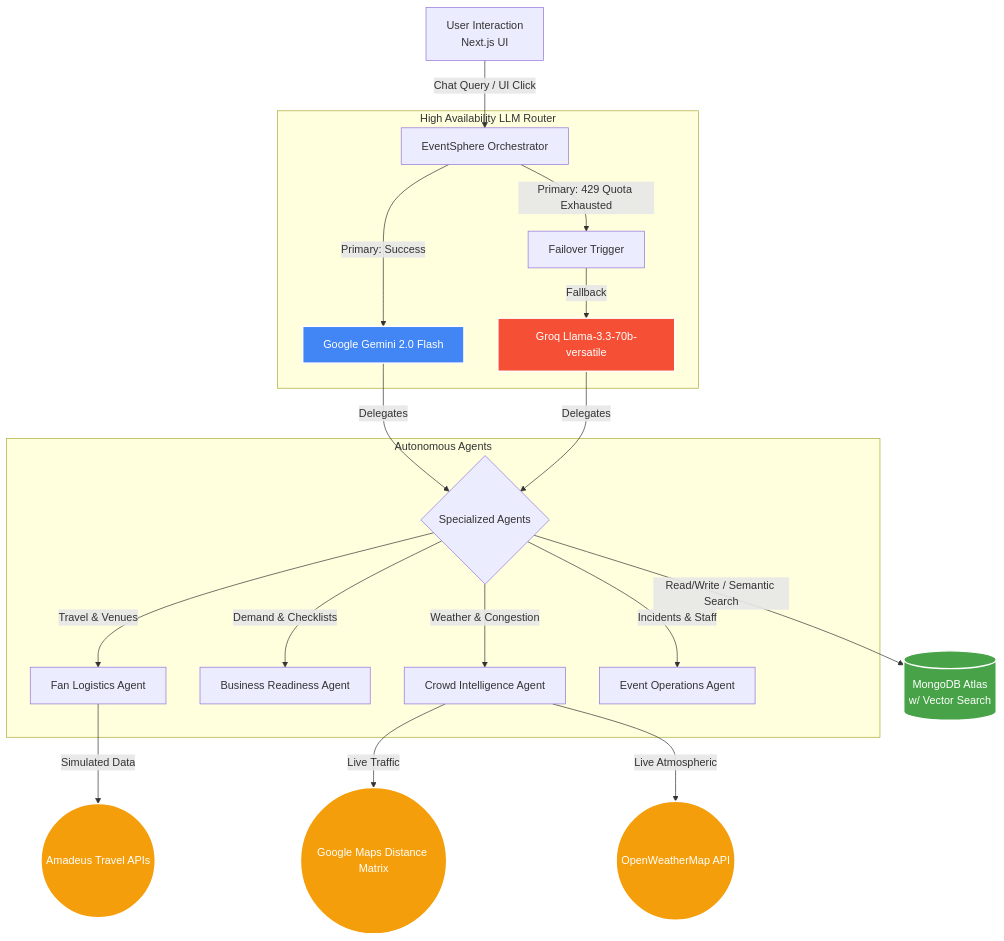
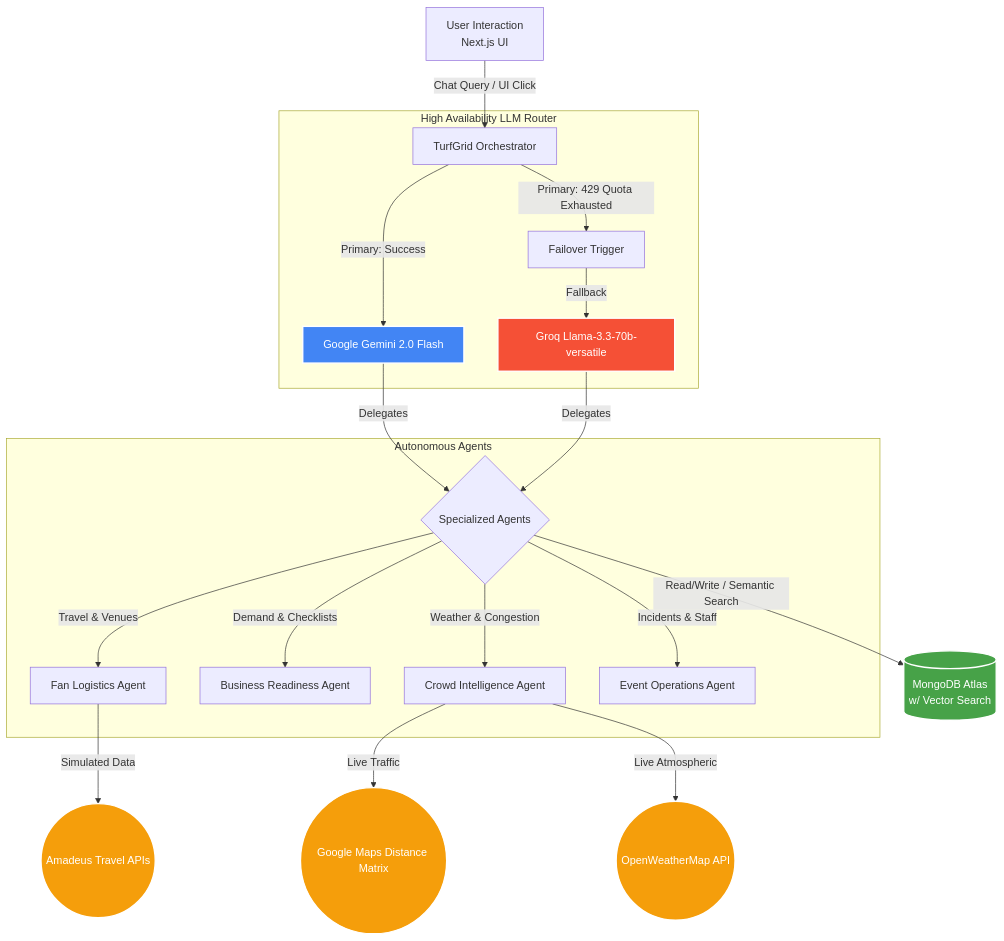
One commit to ayus1234/turfgrid-ai changed the diagram in README.md. Above: the diagram before and after it, drawn with Mermaid. The commit also changed other lines of this file and 16 other files, not shown here.

Commit message:
Initial commit: TurfGrid AI Hackathon Project

````diff
--- a/README.md
+++ b/README.md
@@ -45,44 +45,44 @@
 ```mermaid
 graph TD
     %% User Interaction
     U[User Interaction<br/>Next.js UI] -->|Chat Query / UI Click| O
     
     %% Orchestrator & High Availability
     subgraph High Availability LLM Router
-        O[EventSphere Orchestrator]
+        O[TurfGrid Orchestrator]
         O -->|Primary: Success| G[Google Gemini 2.0 Flash]
         O -->|Primary: 429 Quota Exhausted| F[Failover Trigger]
         F -->|Fallback| L[Groq Llama-3.3-70b-versatile]
     end
 
     %% Specialized Agents
     G -->|Delegates| SA
     L -->|Delegates| SA
 
     subgraph Autonomous Agents
         SA{Specialized Agents}
         SA -->|Travel & Venues| FL[Fan Logistics Agent]
         SA -->|Demand & Checklists| BR[Business Readiness Agent]
         SA -->|Weather & Congestion| CI[Crowd Intelligence Agent]
         SA -->|Incidents & Staff| EO[Event Operations Agent]
     end
 
     %% External APIs & Tools
     FL -->|Simulated Data| T1((Amadeus Travel APIs))
     CI -->|Live Traffic| T2((Google Maps Distance Matrix))
     CI -->|Live Atmospheric| T3((OpenWeatherMap API))
 
     %% Database
     SA -->|Read/Write / Semantic Search| DB[(MongoDB Atlas<br/>w/ Vector Search)]
     
     %% Styling
     classDef primary fill:#4285F4,stroke:#fff,stroke-width:2px,color:#fff;
     classDef fallback fill:#F55036,stroke:#fff,stroke-width:2px,color:#fff;
     classDef db fill:#47A248,stroke:#fff,stroke-width:2px,color:#fff;
     classDef tool fill:#f59e0b,stroke:#fff,stroke-width:2px,color:#fff;
     
     class G primary;
     class L fallback;
     class DB db;
     class T1,T2,T3 tool;
 ```
````
